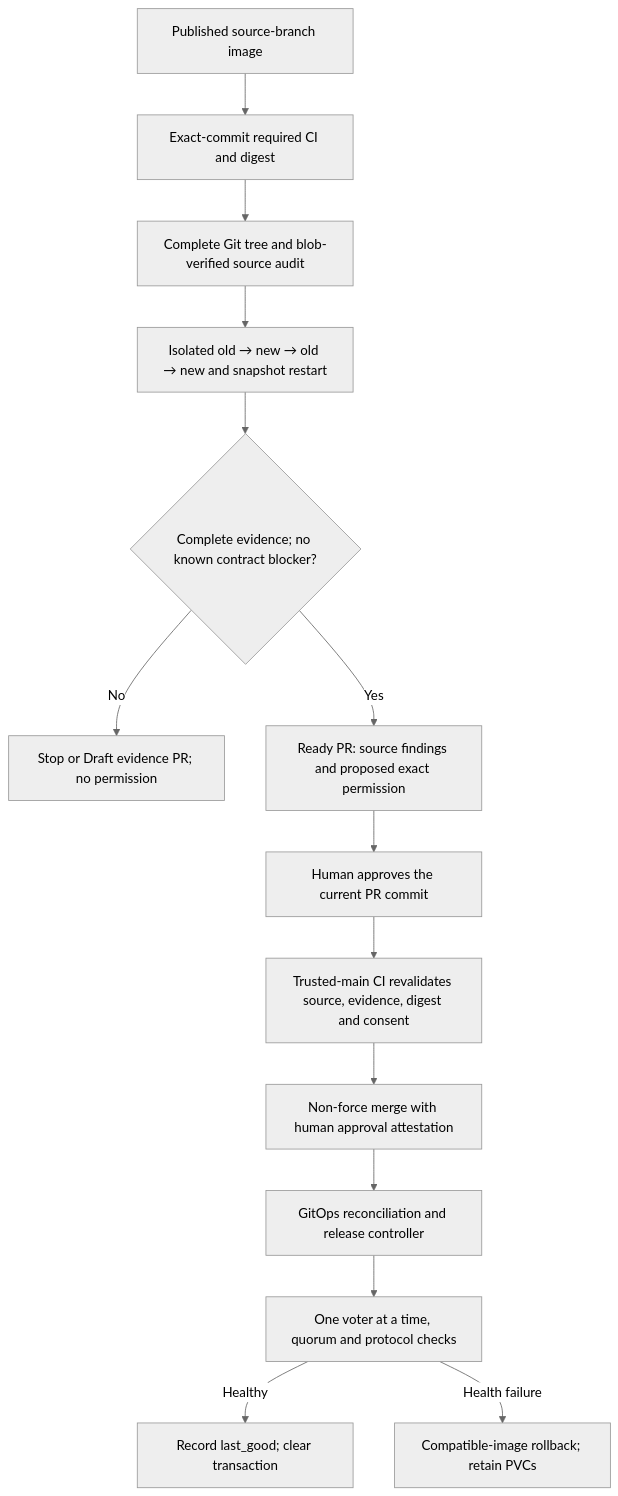
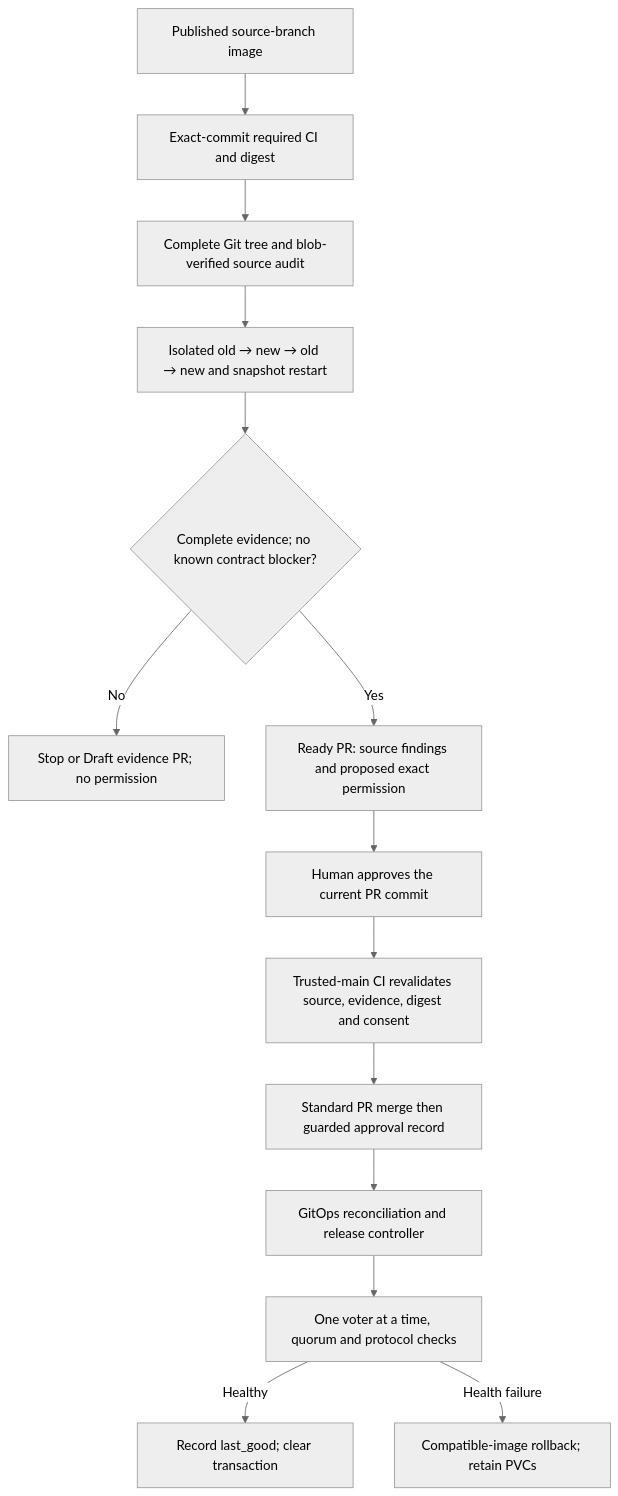
Before and after one commit to bootjp/elastickv: the diagram in deploy/automation/README.md, drawn with Mermaid (neutral theme). The commit also changed other lines of this file and 5 other files, not shown here.

````diff
--- a/deploy/automation/README.md
+++ b/deploy/automation/README.md
@@ -17,16 +17,16 @@
 ```mermaid
 flowchart TD
   A[Published source-branch image] --> B[Exact-commit required CI and digest]
   B --> C[Complete Git tree and blob-verified source audit]
   C --> D[Isolated old → new → old → new and snapshot restart]
   D --> E{Complete evidence; no known contract blocker?}
   E -->|No| F[Stop or Draft evidence PR; no permission]
   E -->|Yes| G[Ready PR: source findings and proposed exact permission]
   G --> H[Human approves the current PR commit]
   H --> I[Trusted-main CI revalidates source, evidence, digest and consent]
-  I --> J[Non-force merge with human approval attestation]
+  I --> J[Standard PR merge then guarded approval record]
   J --> K[GitOps reconciliation and release controller]
   K --> L[One voter at a time, quorum and protocol checks]
   L -->|Healthy| M[Record last_good; clear transaction]
   L -->|Health failure| N[Compatible-image rollback; retain PVCs]
 ```
````
